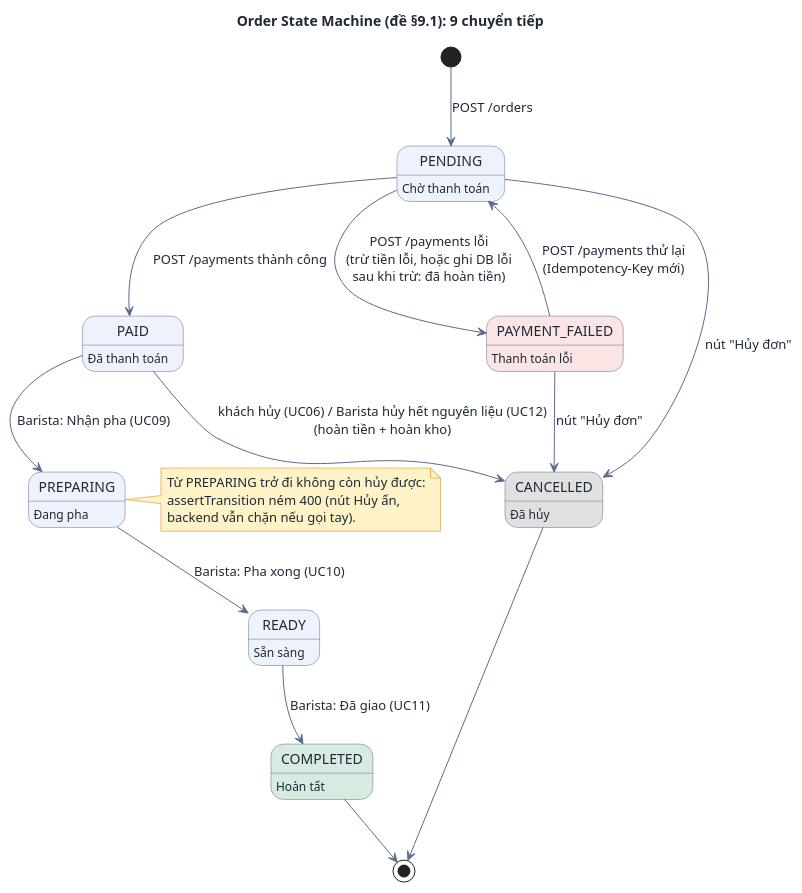
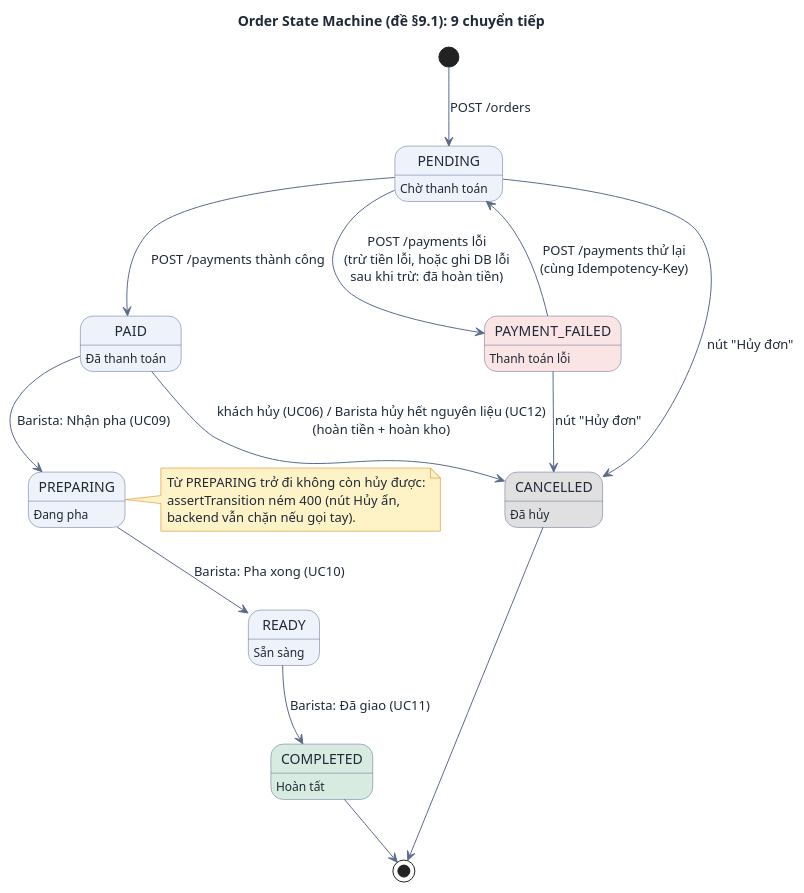
One commit to DuVinhLoi/BrewLite changed the sixth of 9 diagrams in docs/user-sequence-specifications.md. Above: the diagram before and after it, drawn with PlantUML. The commit also changed other lines of this file and 5 other files, not shown here.

````diff
--- a/docs/user-sequence-specifications.md
+++ b/docs/user-sequence-specifications.md
@@ -581,47 +581,47 @@
 ```plantuml
 @startuml
 skinparam DefaultFontColor #1f2937
 skinparam ArrowColor #5b6b8c
 skinparam StateBackgroundColor #eef2fb
 skinparam StateBorderColor #5b6b8c
 skinparam NoteBackgroundColor #fef3c7
 skinparam NoteBorderColor #d97706
 
 title Order State Machine (đề §9.1): 9 chuyển tiếp
 
 state PENDING
 state PAID
 state PREPARING
 state READY
 state COMPLETED #d8ebe0
 state PAYMENT_FAILED #fbe4e4
 state CANCELLED #e0e0e0
 
 PENDING : Chờ thanh toán
 PAID : Đã thanh toán
 PREPARING : Đang pha
 READY : Sẵn sàng
 COMPLETED : Hoàn tất
 PAYMENT_FAILED : Thanh toán lỗi
 CANCELLED : Đã hủy
 
 [*] --> PENDING : POST /orders
 PENDING --> PAID : POST /payments thành công
 PENDING --> PAYMENT_FAILED : POST /payments lỗi\n(trừ tiền lỗi, hoặc ghi DB lỗi\nsau khi trừ: đã hoàn tiền)
-PAYMENT_FAILED --> PENDING : POST /payments thử lại\n(Idempotency-Key mới)
+PAYMENT_FAILED --> PENDING : POST /payments thử lại\n(cùng Idempotency-Key)
 PENDING --> CANCELLED : nút "Hủy đơn"
 PAYMENT_FAILED --> CANCELLED : nút "Hủy đơn"
 PAID --> CANCELLED : khách hủy (UC06) / Barista hủy hết nguyên liệu (UC12)\n(hoàn tiền + hoàn kho)
 PAID --> PREPARING : Barista: Nhận pha (UC09)
 PREPARING --> READY : Barista: Pha xong (UC10)
 READY --> COMPLETED : Barista: Đã giao (UC11)
 COMPLETED --> [*]
 CANCELLED --> [*]
 
 note right of PREPARING
   Từ PREPARING trở đi không còn hủy được:
   assertTransition ném 400 (nút Hủy ẩn,
   backend vẫn chặn nếu gọi tay).
 end note
 @enduml
 ```
````
